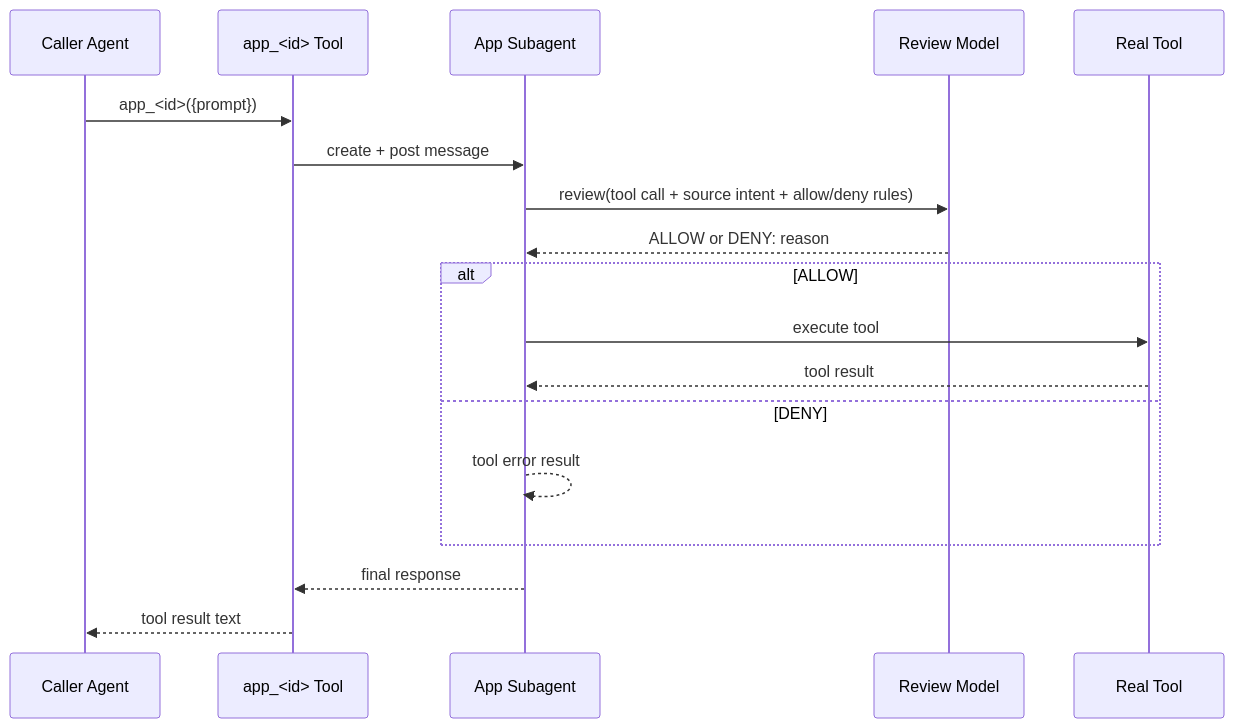
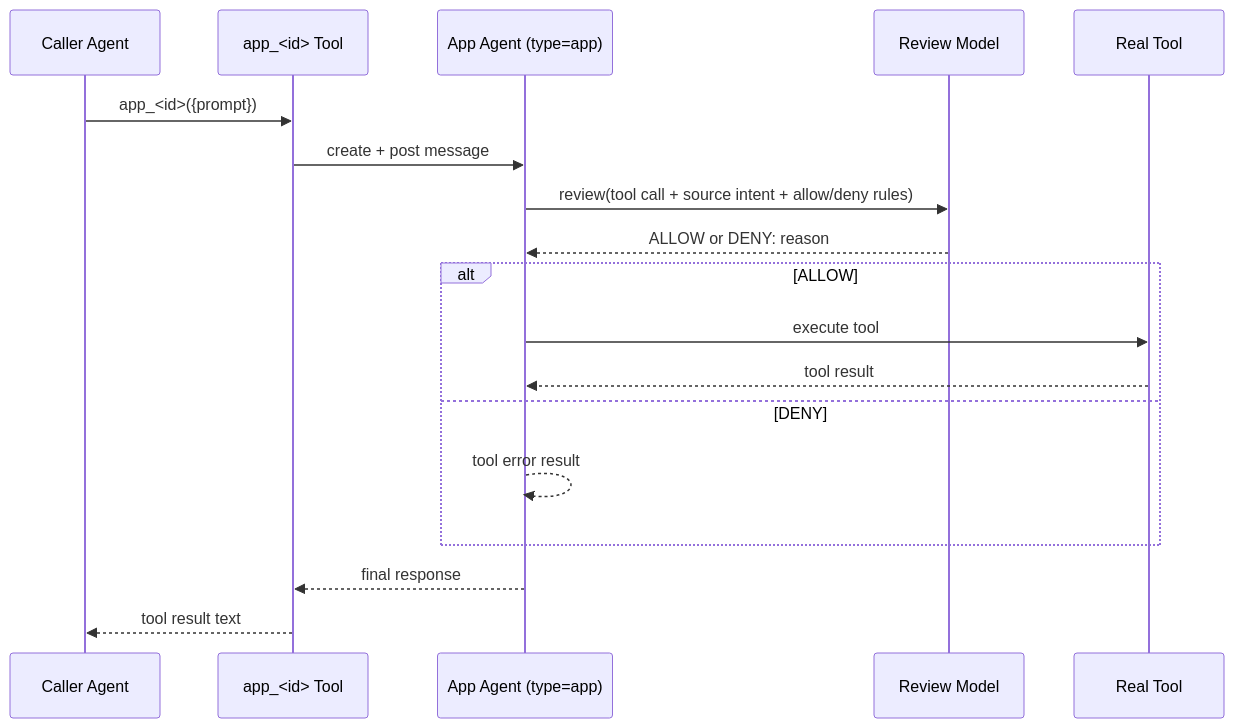
One commit to ex3ndr-bot/daycare changed the diagram in doc/internals/apps.md. Above: the diagram before and after it, drawn with Mermaid. The commit also changed other lines of this file and 36 other files, not shown here.

````diff
--- a/doc/internals/apps.md
+++ b/doc/internals/apps.md
@@ -13,21 +13,21 @@
 ```mermaid
 sequenceDiagram
   participant A as Caller Agent
   participant T as app_<id> Tool
-  participant S as App Subagent
+  participant S as App Agent (type=app)
   participant R as Review Model
   participant X as Real Tool
 
   A->>T: app_<id>({prompt})
   T->>S: create + post message
   S->>R: review(tool call + source intent + allow/deny rules)
   R-->>S: ALLOW or DENY: reason
   alt ALLOW
     S->>X: execute tool
     X-->>S: tool result
   else DENY
     S-->>S: tool error result
   end
   S-->>T: final response
   T-->>A: tool result text
 ```
````
